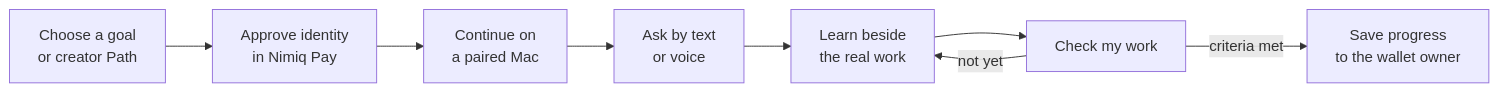
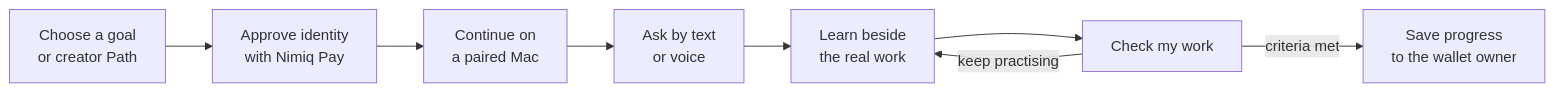
Before and after one commit to Femtech-web/Truly: the first of 2 diagrams in README.md, drawn with Mermaid. The commit also changed other lines of this file and 13 other files, not shown here.

Commit message:
docs: revise README and architecture docs to describe wallet‑connected learning flow and product model

````diff
--- a/README.md
+++ b/README.md
@@ -27,10 +48,10 @@
 ```mermaid
 flowchart LR
-    A[Choose a goal<br/>or creator Path] --> B[Approve identity<br/>in Nimiq Pay]
+    A[Choose a goal<br/>or creator Path] --> B[Approve identity<br/>with Nimiq Pay]
     B --> C[Continue on<br/>a paired Mac]
     C --> D[Ask by text<br/>or voice]
     D --> E[Learn beside<br/>the real work]
     E --> F[Check my work]
     F -->|criteria met| G[Save progress<br/>to the wallet owner]
-    F -->|not yet| E
+    F -->|keep practising| E
 ```
````
